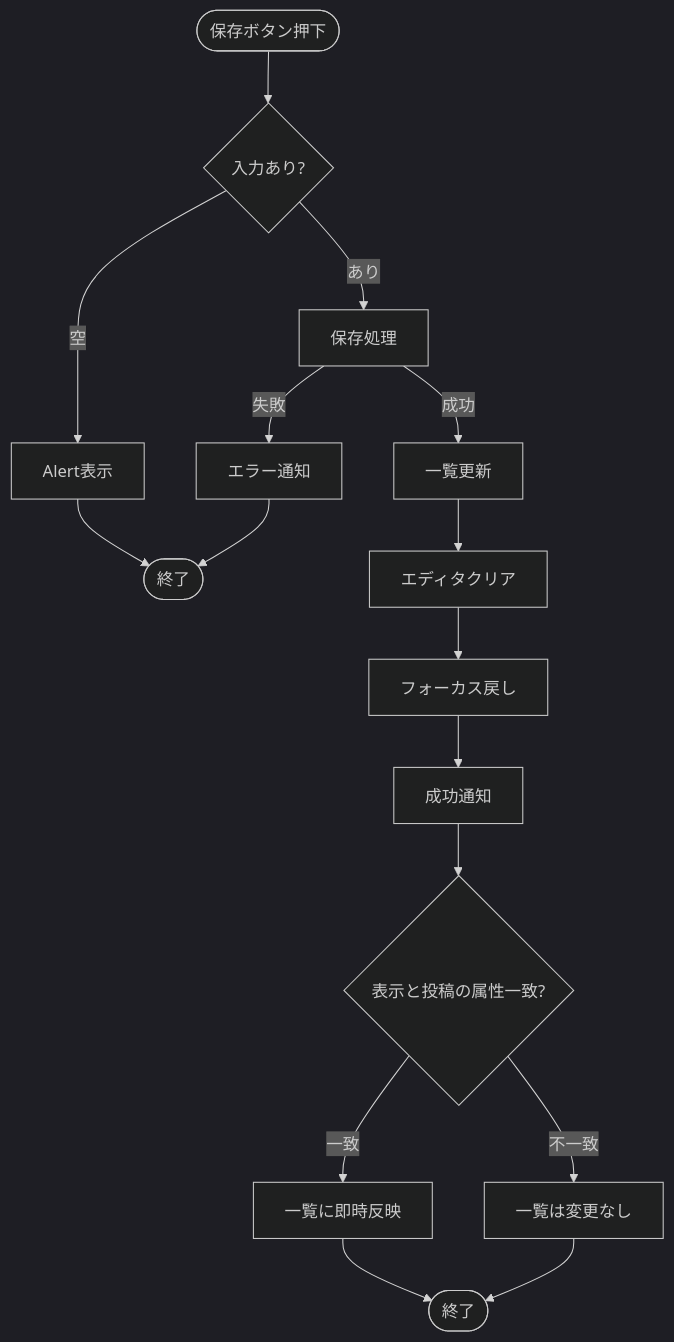
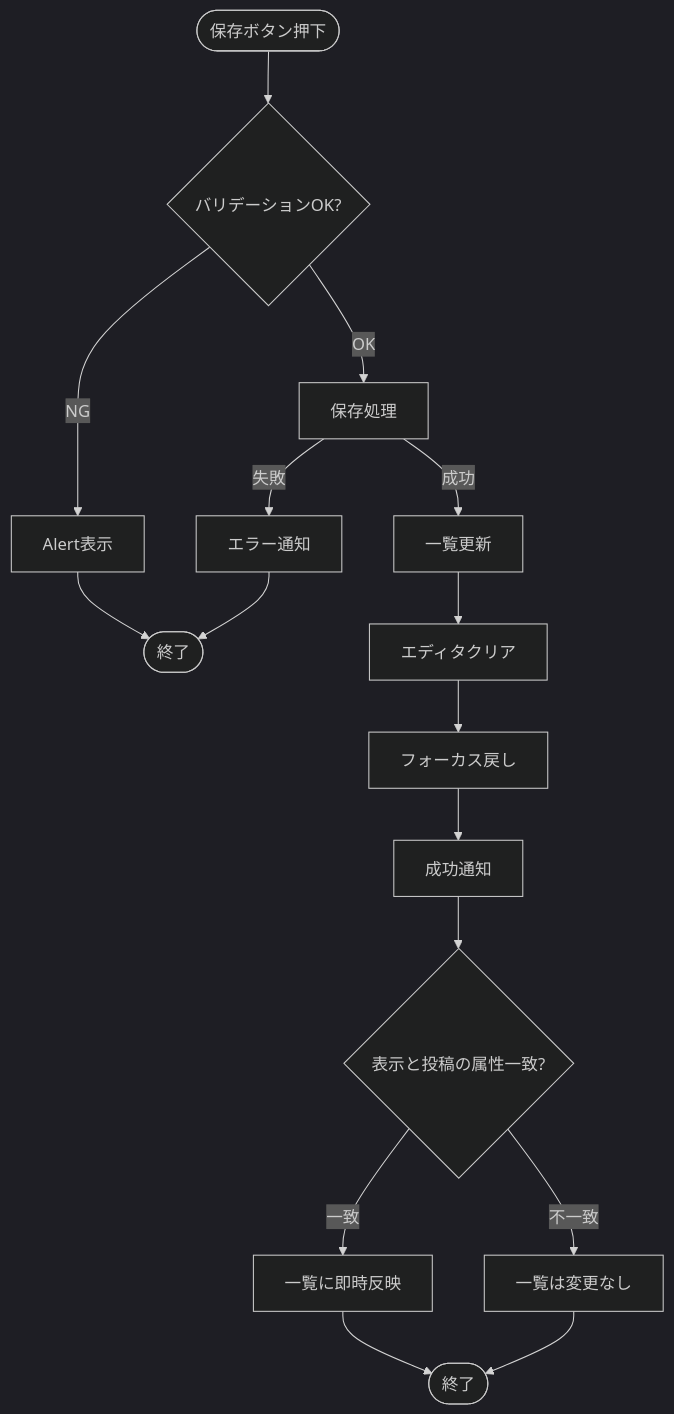
One commit to kouichi-hoshi/mono-log8 changed the fourth of 4 diagrams in docs/03.設計書.md. Above: the diagram before and after it, drawn with Mermaid (dark theme). The commit also changed other lines of this file and 3 other files, not shown here.

````diff
--- a/docs/03.設計書.md
+++ b/docs/03.設計書.md
@@ -545,23 +559,23 @@
 ```mermaid
 flowchart TD
-    Start([保存ボタン押下]) --> Validate{入力あり?}
+    Start([保存ボタン押下]) --> Validate{バリデーションOK?}
 
-    Validate -->|空| Alert[Alert表示]
+    Validate -->|NG| Alert[Alert表示]
     Alert --> EndError([終了])
 
-    Validate -->|あり| Create[保存処理]
+    Validate -->|OK| Create[保存処理]
     Create -->|成功| CacheUpdate[一覧更新]
     Create -->|失敗| CreateError[エラー通知]
     CreateError --> EndError
 
     CacheUpdate --> Clear[エディタクリア]
     Clear --> Focus[フォーカス戻し]
     Focus --> Toast[成功通知]
     Toast --> ModeCheck{表示と投稿の属性一致?}
 
     ModeCheck -->|一致| UpdateList[一覧に即時反映]
     ModeCheck -->|不一致| SkipUpdate[一覧は変更なし]
 
     UpdateList --> EndSuccess([終了])
     SkipUpdate --> EndSuccess
 ```
````
